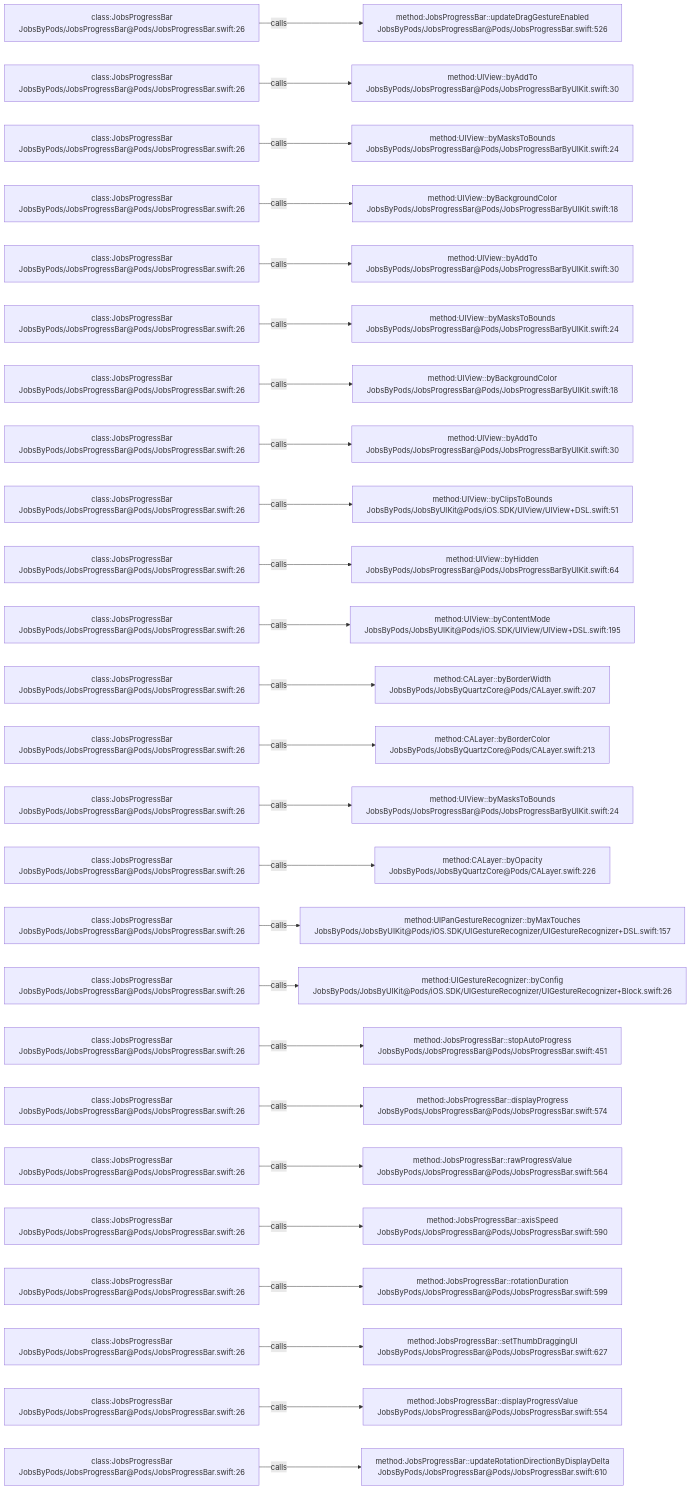
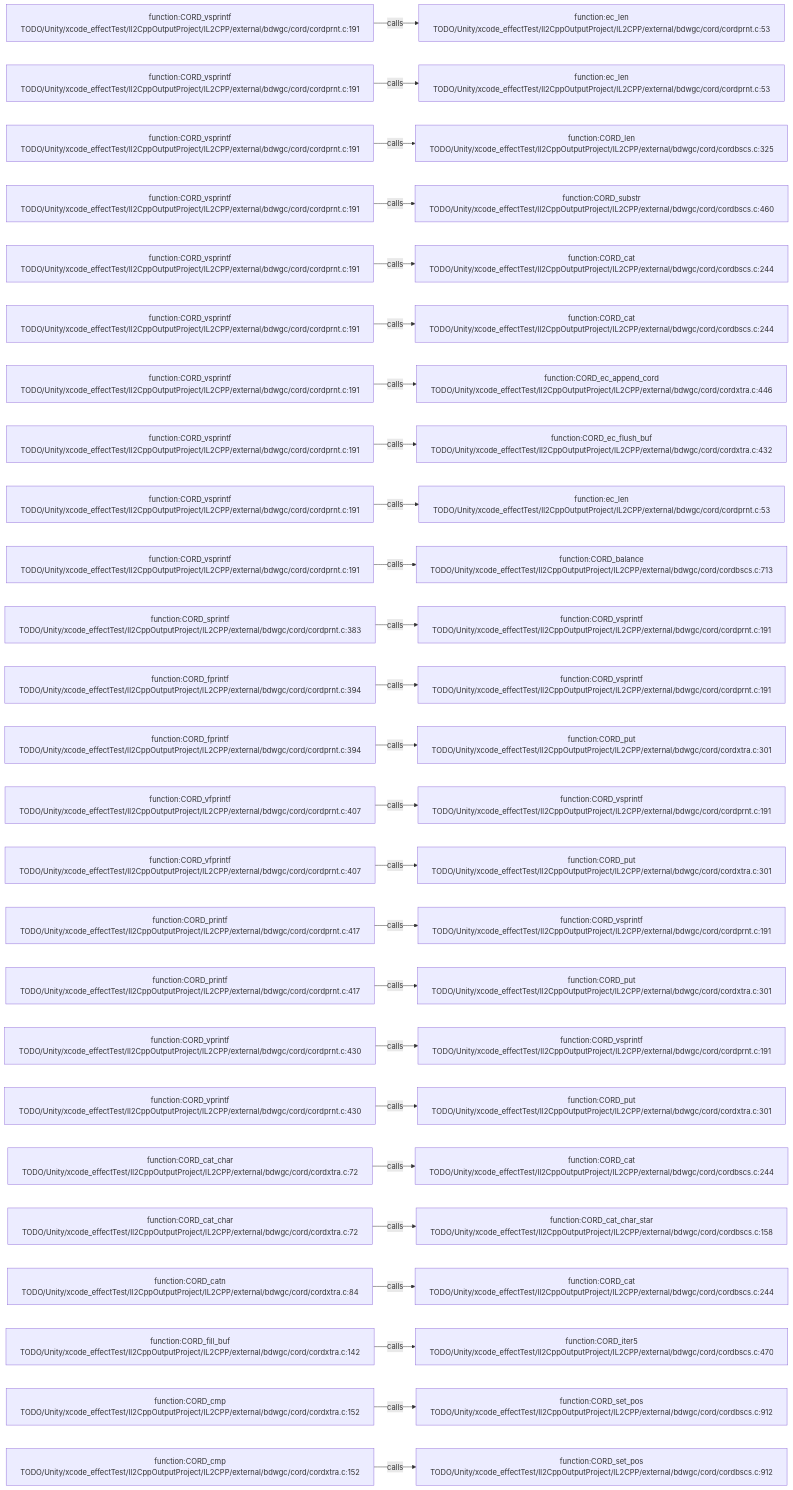
The diagram in .codegraph/codegraph.md/graphs/calls-153.md (JobsKits/JobsSwiftBaseConfigDemo), drawn with Mermaid before and after one commit. The commit also changed 569 other files, not shown here.

````diff
--- a/.codegraph/codegraph.md/graphs/calls-153.md
+++ b/.codegraph/codegraph.md/graphs/calls-153.md
@@ -13,78 +13,78 @@
 ```mermaid
 flowchart LR
-  S1["class:JobsProgressBar<br/>JobsByPods/JobsProgressBar@Pods/JobsProgressBar.swift:26"]
-  T1["method:JobsProgressBar::updateDragGestureEnabled<br/>JobsByPods/JobsProgressBar@Pods/JobsProgressBar.swift:526"]
+  S1["function:CORD_vsprintf<br/>TODO/Unity/xcode_effectTest/Il2CppOutputProject/IL2CPP/external/bdwgc/cord/cordprnt.c:191"]
+  T1["function:ec_len<br/>TODO/Unity/xcode_effectTest/Il2CppOutputProject/IL2CPP/external/bdwgc/cord/cordprnt.c:53"]
   S1 -->|calls| T1
-  S2["class:JobsProgressBar<br/>JobsByPods/JobsProgressBar@Pods/JobsProgressBar.swift:26"]
-  T2["method:UIView::byAddTo<br/>JobsByPods/JobsProgressBar@Pods/JobsProgressBarByUIKit.swift:30"]
+  S2["function:CORD_vsprintf<br/>TODO/Unity/xcode_effectTest/Il2CppOutputProject/IL2CPP/external/bdwgc/cord/cordprnt.c:191"]
+  T2["function:ec_len<br/>TODO/Unity/xcode_effectTest/Il2CppOutputProject/IL2CPP/external/bdwgc/cord/cordprnt.c:53"]
   S2 -->|calls| T2
-  S3["class:JobsProgressBar<br/>JobsByPods/JobsProgressBar@Pods/JobsProgressBar.swift:26"]
-  T3["method:UIView::byMasksToBounds<br/>JobsByPods/JobsProgressBar@Pods/JobsProgressBarByUIKit.swift:24"]
+  S3["function:CORD_vsprintf<br/>TODO/Unity/xcode_effectTest/Il2CppOutputProject/IL2CPP/external/bdwgc/cord/cordprnt.c:191"]
+  T3["function:CORD_len<br/>TODO/Unity/xcode_effectTest/Il2CppOutputProject/IL2CPP/external/bdwgc/cord/cordbscs.c:325"]
   S3 -->|calls| T3
-  S4["class:JobsProgressBar<br/>JobsByPods/JobsProgressBar@Pods/JobsProgressBar.swift:26"]
-  T4["method:UIView::byBackgroundColor<br/>JobsByPods/JobsProgressBar@Pods/JobsProgressBarByUIKit.swift:18"]
+  S4["function:CORD_vsprintf<br/>TODO/Unity/xcode_effectTest/Il2CppOutputProject/IL2CPP/external/bdwgc/cord/cordprnt.c:191"]
+  T4["function:CORD_substr<br/>TODO/Unity/xcode_effectTest/Il2CppOutputProject/IL2CPP/external/bdwgc/cord/cordbscs.c:460"]
   S4 -->|calls| T4
-  S5["class:JobsProgressBar<br/>JobsByPods/JobsProgressBar@Pods/JobsProgressBar.swift:26"]
-  T5["method:UIView::byAddTo<br/>JobsByPods/JobsProgressBar@Pods/JobsProgressBarByUIKit.swift:30"]
+  S5["function:CORD_vsprintf<br/>TODO/Unity/xcode_effectTest/Il2CppOutputProject/IL2CPP/external/bdwgc/cord/cordprnt.c:191"]
+  T5["function:CORD_cat<br/>TODO/Unity/xcode_effectTest/Il2CppOutputProject/IL2CPP/external/bdwgc/cord/cordbscs.c:244"]
   S5 -->|calls| T5
-  S6["class:JobsProgressBar<br/>JobsByPods/JobsProgressBar@Pods/JobsProgressBar.swift:26"]
-  T6["method:UIView::byMasksToBounds<br/>JobsByPods/JobsProgressBar@Pods/JobsProgressBarByUIKit.swift:24"]
+  S6["function:CORD_vsprintf<br/>TODO/Unity/xcode_effectTest/Il2CppOutputProject/IL2CPP/external/bdwgc/cord/cordprnt.c:191"]
+  T6["function:CORD_cat<br/>TODO/Unity/xcode_effectTest/Il2CppOutputProject/IL2CPP/external/bdwgc/cord/cordbscs.c:244"]
   S6 -->|calls| T6
-  S7["class:JobsProgressBar<br/>JobsByPods/JobsProgressBar@Pods/JobsProgressBar.swift:26"]
-  T7["method:UIView::byBackgroundColor<br/>JobsByPods/JobsProgressBar@Pods/JobsProgressBarByUIKit.swift:18"]
+  S7["function:CORD_vsprintf<br/>TODO/Unity/xcode_effectTest/Il2CppOutputProject/IL2CPP/external/bdwgc/cord/cordprnt.c:191"]
+  T7["function:CORD_ec_append_cord<br/>TODO/Unity/xcode_effectTest/Il2CppOutputProject/IL2CPP/external/bdwgc/cord/cordxtra.c:446"]
   S7 -->|calls| T7
-  S8["class:JobsProgressBar<br/>JobsByPods/JobsProgressBar@Pods/JobsProgressBar.swift:26"]
-  T8["method:UIView::byAddTo<br/>JobsByPods/JobsProgressBar@Pods/JobsProgressBarByUIKit.swift:30"]
+  S8["function:CORD_vsprintf<br/>TODO/Unity/xcode_effectTest/Il2CppOutputProject/IL2CPP/external/bdwgc/cord/cordprnt.c:191"]
+  T8["function:CORD_ec_flush_buf<br/>TODO/Unity/xcode_effectTest/Il2CppOutputProject/IL2CPP/external/bdwgc/cord/cordxtra.c:432"]
   S8 -->|calls| T8
-  S9["class:JobsProgressBar<br/>JobsByPods/JobsProgressBar@Pods/JobsProgressBar.swift:26"]
-  T9["method:UIView::byClipsToBounds<br/>JobsByPods/JobsByUIKit@Pods/iOS.SDK/UIView/UIView+DSL.swift:51"]
+  S9["function:CORD_vsprintf<br/>TODO/Unity/xcode_effectTest/Il2CppOutputProject/IL2CPP/external/bdwgc/cord/cordprnt.c:191"]
+  T9["function:ec_len<br/>TODO/Unity/xcode_effectTest/Il2CppOutputProject/IL2CPP/external/bdwgc/cord/cordprnt.c:53"]
   S9 -->|calls| T9
-  S10["class:JobsProgressBar<br/>JobsByPods/JobsProgressBar@Pods/JobsProgressBar.swift:26"]
-  T10["method:UIView::byHidden<br/>JobsByPods/JobsProgressBar@Pods/JobsProgressBarByUIKit.swift:64"]
+  S10["function:CORD_vsprintf<br/>TODO/Unity/xcode_effectTest/Il2CppOutputProject/IL2CPP/external/bdwgc/cord/cordprnt.c:191"]
+  T10["function:CORD_balance<br/>TODO/Unity/xcode_effectTest/Il2CppOutputProject/IL2CPP/external/bdwgc/cord/cordbscs.c:713"]
   S10 -->|calls| T10
-  S11["class:JobsProgressBar<br/>JobsByPods/JobsProgressBar@Pods/JobsProgressBar.swift:26"]
-  T11["method:UIView::byContentMode<br/>JobsByPods/JobsByUIKit@Pods/iOS.SDK/UIView/UIView+DSL.swift:195"]
+  S11["function:CORD_sprintf<br/>TODO/Unity/xcode_effectTest/Il2CppOutputProject/IL2CPP/external/bdwgc/cord/cordprnt.c:383"]
+  T11["function:CORD_vsprintf<br/>TODO/Unity/xcode_effectTest/Il2CppOutputProject/IL2CPP/external/bdwgc/cord/cordprnt.c:191"]
   S11 -->|calls| T11
-  S12["class:JobsProgressBar<br/>JobsByPods/JobsProgressBar@Pods/JobsProgressBar.swift:26"]
-  T12["method:CALayer::byBorderWidth<br/>JobsByPods/JobsByQuartzCore@Pods/CALayer.swift:207"]
+  S12["function:CORD_fprintf<br/>TODO/Unity/xcode_effectTest/Il2CppOutputProject/IL2CPP/external/bdwgc/cord/cordprnt.c:394"]
+  T12["function:CORD_vsprintf<br/>TODO/Unity/xcode_effectTest/Il2CppOutputProject/IL2CPP/external/bdwgc/cord/cordprnt.c:191"]
   S12 -->|calls| T12
-  S13["class:JobsProgressBar<br/>JobsByPods/JobsProgressBar@Pods/JobsProgressBar.swift:26"]
-  T13["method:CALayer::byBorderColor<br/>JobsByPods/JobsByQuartzCore@Pods/CALayer.swift:213"]
+  S13["function:CORD_fprintf<br/>TODO/Unity/xcode_effectTest/Il2CppOutputProject/IL2CPP/external/bdwgc/cord/cordprnt.c:394"]
+  T13["function:CORD_put<br/>TODO/Unity/xcode_effectTest/Il2CppOutputProject/IL2CPP/external/bdwgc/cord/cordxtra.c:301"]
   S13 -->|calls| T13
-  S14["class:JobsProgressBar<br/>JobsByPods/JobsProgressBar@Pods/JobsProgressBar.swift:26"]
-  T14["method:UIView::byMasksToBounds<br/>JobsByPods/JobsProgressBar@Pods/JobsProgressBarByUIKit.swift:24"]
+  S14["function:CORD_vfprintf<br/>TODO/Unity/xcode_effectTest/Il2CppOutputProject/IL2CPP/external/bdwgc/cord/cordprnt.c:407"]
+  T14["function:CORD_vsprintf<br/>TODO/Unity/xcode_effectTest/Il2CppOutputProject/IL2CPP/external/bdwgc/cord/cordprnt.c:191"]
   S14 -->|calls| T14
-  S15["class:JobsProgressBar<br/>JobsByPods/JobsProgressBar@Pods/JobsProgressBar.swift:26"]
-  T15["method:CALayer::byOpacity<br/>JobsByPods/JobsByQuartzCore@Pods/CALayer.swift:226"]
+  S15["function:CORD_vfprintf<br/>TODO/Unity/xcode_effectTest/Il2CppOutputProject/IL2CPP/external/bdwgc/cord/cordprnt.c:407"]
+  T15["function:CORD_put<br/>TODO/Unity/xcode_effectTest/Il2CppOutputProject/IL2CPP/external/bdwgc/cord/cordxtra.c:301"]
   S15 -->|calls| T15
-  S16["class:JobsProgressBar<br/>JobsByPods/JobsProgressBar@Pods/JobsProgressBar.swift:26"]
-  T16["method:UIPanGestureRecognizer::byMaxTouches<br/>JobsByPods/JobsByUIKit@Pods/iOS.SDK/UIGestureRecognizer/UIGestureRecognizer+DSL.swift:157"]
+  S16["function:CORD_printf<br/>TODO/Unity/xcode_effectTest/Il2CppOutputProject/IL2CPP/external/bdwgc/cord/cordprnt.c:417"]
+  T16["function:CORD_vsprintf<br/>TODO/Unity/xcode_effectTest/Il2CppOutputProject/IL2CPP/external/bdwgc/cord/cordprnt.c:191"]
   S16 -->|calls| T16
-  S17["class:JobsProgressBar<br/>JobsByPods/JobsProgressBar@Pods/JobsProgressBar.swift:26"]
-  T17["method:UIGestureRecognizer::byConfig<br/>JobsByPods/JobsByUIKit@Pods/iOS.SDK/UIGestureRecognizer/UIGestureRecognizer+Block.swift:26"]
+  S17["function:CORD_printf<br/>TODO/Unity/xcode_effectTest/Il2CppOutputProject/IL2CPP/external/bdwgc/cord/cordprnt.c:417"]
+  T17["function:CORD_put<br/>TODO/Unity/xcode_effectTest/Il2CppOutputProject/IL2CPP/external/bdwgc/cord/cordxtra.c:301"]
   S17 -->|calls| T17
-  S18["class:JobsProgressBar<br/>JobsByPods/JobsProgressBar@Pods/JobsProgressBar.swift:26"]
-  T18["method:JobsProgressBar::stopAutoProgress<br/>JobsByPods/JobsProgressBar@Pods/JobsProgressBar.swift:451"]
+  S18["function:CORD_vprintf<br/>TODO/Unity/xcode_effectTest/Il2CppOutputProject/IL2CPP/external/bdwgc/cord/cordprnt.c:430"]
+  T18["function:CORD_vsprintf<br/>TODO/Unity/xcode_effectTest/Il2CppOutputProject/IL2CPP/external/bdwgc/cord/cordprnt.c:191"]
   S18 -->|calls| T18
-  S19["class:JobsProgressBar<br/>JobsByPods/JobsProgressBar@Pods/JobsProgressBar.swift:26"]
-  T19["method:JobsProgressBar::displayProgress<br/>JobsByPods/JobsProgressBar@Pods/JobsProgressBar.swift:574"]
+  S19["function:CORD_vprintf<br/>TODO/Unity/xcode_effectTest/Il2CppOutputProject/IL2CPP/external/bdwgc/cord/cordprnt.c:430"]
+  T19["function:CORD_put<br/>TODO/Unity/xcode_effectTest/Il2CppOutputProject/IL2CPP/external/bdwgc/cord/cordxtra.c:301"]
   S19 -->|calls| T19
-  S20["class:JobsProgressBar<br/>JobsByPods/JobsProgressBar@Pods/JobsProgressBar.swift:26"]
-  T20["method:JobsProgressBar::rawProgressValue<br/>JobsByPods/JobsProgressBar@Pods/JobsProgressBar.swift:564"]
+  S20["function:CORD_cat_char<br/>TODO/Unity/xcode_effectTest/Il2CppOutputProject/IL2CPP/external/bdwgc/cord/cordxtra.c:72"]
+  T20["function:CORD_cat<br/>TODO/Unity/xcode_effectTest/Il2CppOutputProject/IL2CPP/external/bdwgc/cord/cordbscs.c:244"]
   S20 -->|calls| T20
-  S21["class:JobsProgressBar<br/>JobsByPods/JobsProgressBar@Pods/JobsProgressBar.swift:26"]
-  T21["method:JobsProgressBar::axisSpeed<br/>JobsByPods/JobsProgressBar@Pods/JobsProgressBar.swift:590"]
+  S21["function:CORD_cat_char<br/>TODO/Unity/xcode_effectTest/Il2CppOutputProject/IL2CPP/external/bdwgc/cord/cordxtra.c:72"]
+  T21["function:CORD_cat_char_star<br/>TODO/Unity/xcode_effectTest/Il2CppOutputProject/IL2CPP/external/bdwgc/cord/cordbscs.c:158"]
   S21 -->|calls| T21
-  S22["class:JobsProgressBar<br/>JobsByPods/JobsProgressBar@Pods/JobsProgressBar.swift:26"]
-  T22["method:JobsProgressBar::rotationDuration<br/>JobsByPods/JobsProgressBar@Pods/JobsProgressBar.swift:599"]
+  S22["function:CORD_catn<br/>TODO/Unity/xcode_effectTest/Il2CppOutputProject/IL2CPP/external/bdwgc/cord/cordxtra.c:84"]
+  T22["function:CORD_cat<br/>TODO/Unity/xcode_effectTest/Il2CppOutputProject/IL2CPP/external/bdwgc/cord/cordbscs.c:244"]
   S22 -->|calls| T22
-  S23["class:JobsProgressBar<br/>JobsByPods/JobsProgressBar@Pods/JobsProgressBar.swift:26"]
-  T23["method:JobsProgressBar::setThumbDraggingUI<br/>JobsByPods/JobsProgressBar@Pods/JobsProgressBar.swift:627"]
+  S23["function:CORD_fill_buf<br/>TODO/Unity/xcode_effectTest/Il2CppOutputProject/IL2CPP/external/bdwgc/cord/cordxtra.c:142"]
+  T23["function:CORD_iter5<br/>TODO/Unity/xcode_effectTest/Il2CppOutputProject/IL2CPP/external/bdwgc/cord/cordbscs.c:470"]
   S23 -->|calls| T23
-  S24["class:JobsProgressBar<br/>JobsByPods/JobsProgressBar@Pods/JobsProgressBar.swift:26"]
-  T24["method:JobsProgressBar::displayProgressValue<br/>JobsByPods/JobsProgressBar@Pods/JobsProgressBar.swift:554"]
+  S24["function:CORD_cmp<br/>TODO/Unity/xcode_effectTest/Il2CppOutputProject/IL2CPP/external/bdwgc/cord/cordxtra.c:152"]
+  T24["function:CORD_set_pos<br/>TODO/Unity/xcode_effectTest/Il2CppOutputProject/IL2CPP/external/bdwgc/cord/cordbscs.c:912"]
   S24 -->|calls| T24
-  S25["class:JobsProgressBar<br/>JobsByPods/JobsProgressBar@Pods/JobsProgressBar.swift:26"]
-  T25["method:JobsProgressBar::updateRotationDirectionByDisplayDelta<br/>JobsByPods/JobsProgressBar@Pods/JobsProgressBar.swift:610"]
+  S25["function:CORD_cmp<br/>TODO/Unity/xcode_effectTest/Il2CppOutputProject/IL2CPP/external/bdwgc/cord/cordxtra.c:152"]
+  T25["function:CORD_set_pos<br/>TODO/Unity/xcode_effectTest/Il2CppOutputProject/IL2CPP/external/bdwgc/cord/cordbscs.c:912"]
   S25 -->|calls| T25
 ```
````
